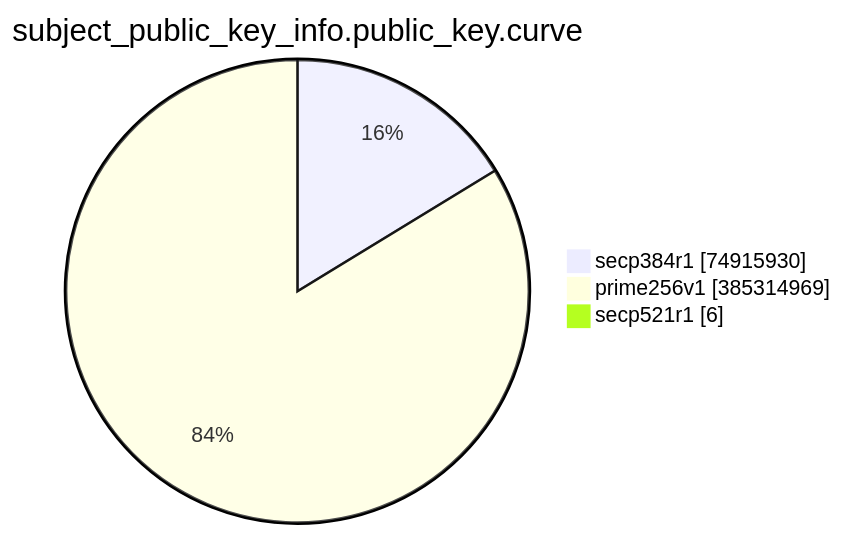
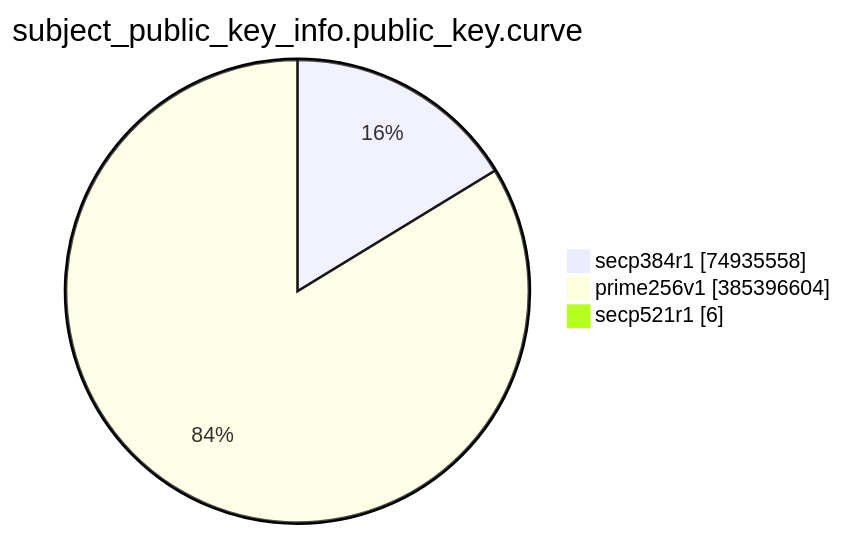
The eighth of 15 diagrams in TOTAL/README.md (christiankrug/ctmonitor_visualization), drawn with Mermaid before and after one commit. The commit also changed other lines of this file, not shown here.

````diff
--- a/TOTAL/README.md
+++ b/TOTAL/README.md
@@ -3094,7 +3094,7 @@
 ```mermaid
 pie showData
 title subject_public_key_info.public_key.curve
-"secp384r1" :74915930
-"prime256v1" :385314969
+"secp384r1" :74935558
+"prime256v1" :385396604
 "secp521r1" :6
 ```
````
